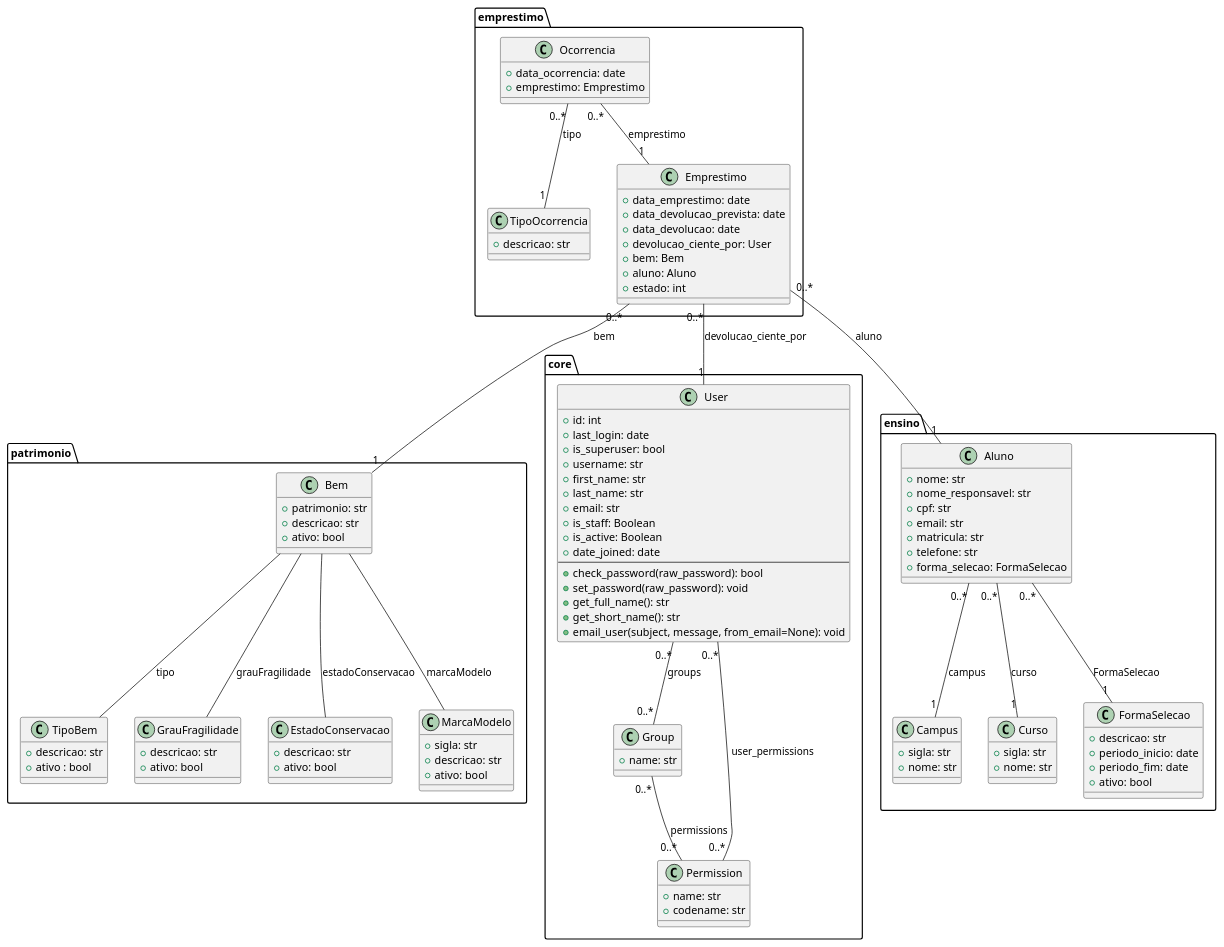
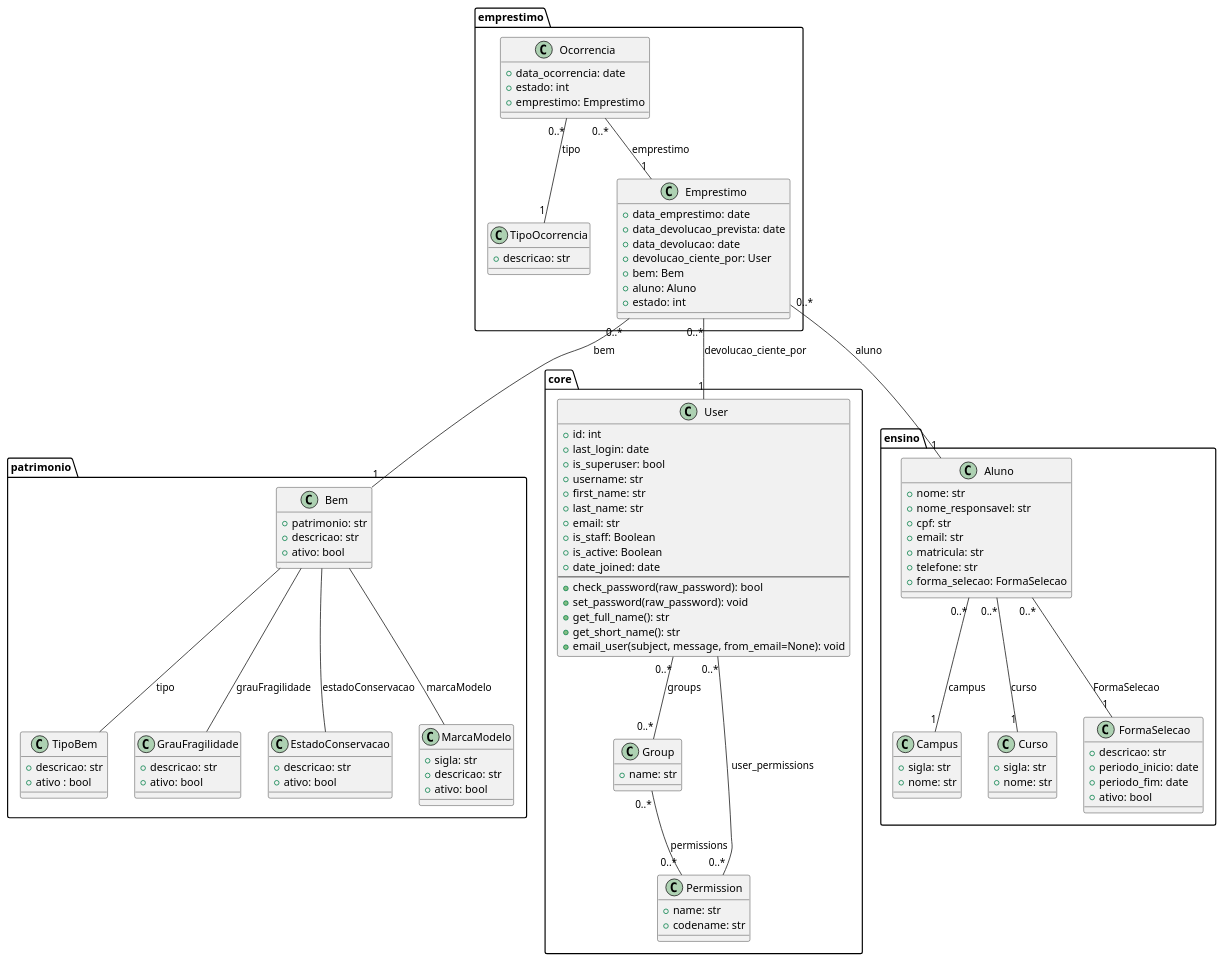
The diagram in plant-uml/class-diagram.puml (kavvata/sigemp), drawn with PlantUML before and after one commit.

Commit message:
docs(class): adicionado estado de ocorrencia (novo, atendido, etc)

```diff
--- a/plant-uml/class-diagram.puml
+++ b/plant-uml/class-diagram.puml
@@ -1,131 +1,132 @@
 @startuml classes
 
 package "patrimonio" {
     class TipoBem {
         +descricao: str
         +ativo : bool
     }
 
     class GrauFragilidade {
         +descricao: str
         +ativo: bool
     }
 
     class EstadoConservacao {
         +descricao: str
         +ativo: bool
     }
 
     class MarcaModelo {
         +sigla: str
         +descricao: str
         +ativo: bool
     }
 
     class Bem {
         +patrimonio: str
         +descricao: str
         +ativo: bool
     }
 
     Bem -- TipoBem : "tipo"
     Bem -- GrauFragilidade : "grauFragilidade"
     Bem -- EstadoConservacao : "estadoConservacao"
     Bem -- MarcaModelo : "marcaModelo"
 }
 
 package "core" {
     class User {
         +id: int
         +last_login: date
         +is_superuser: bool
         +username: str
         +first_name: str
         +last_name: str
         +email: str
         +is_staff: Boolean
         +is_active: Boolean
         +date_joined: date
         --
         +check_password(raw_password): bool
         +set_password(raw_password): void
         +get_full_name(): str
         +get_short_name(): str
         +email_user(subject, message, from_email=None): void
     }
 
     class Group {
         +name: str
     }
 
     class Permission {
         +name: str
         +codename: str
     }
 
     User "0..*" -- "0..*" Group : "groups"
     User "0..*" -- "0..*" Permission : "user_permissions"
     Group "0..*" -- "0..*" Permission : "permissions"
 
 }
 
 package "ensino" {
     class Campus {
         +sigla: str
         +nome: str
     }
 
     class Curso {
         +sigla: str
         +nome: str
     }
 
     class FormaSelecao {
         +descricao: str
         +periodo_inicio: date
         +periodo_fim: date
         +ativo: bool
     }
 
     class Aluno {
         +nome: str
         +nome_responsavel: str
         +cpf: str
         +email: str
         +matricula: str
         +telefone: str
         +forma_selecao: FormaSelecao
     }
 
     Aluno "0..*" -- "1" FormaSelecao : "FormaSelecao"
     Aluno "0..*" -- "1" Campus : "campus"
     Aluno "0..*" -- "1" Curso : "curso"
 }
 
 package "emprestimo" {
     class TipoOcorrencia {
         +descricao: str
     }
     class Ocorrencia {
         +data_ocorrencia: date
+        +estado: int
         +emprestimo: Emprestimo
     }
     class Emprestimo {
         +data_emprestimo: date
         +data_devolucao_prevista: date
         +data_devolucao: date
         +devolucao_ciente_por: User
         +bem: Bem
         +aluno: Aluno
         +estado: int
     }
 
     Emprestimo "0..*" -- "1" User : "devolucao_ciente_por"
     Emprestimo "0..*" -- "1" Bem : "bem"
     Emprestimo "0..*" -- "1" Aluno : "aluno"
 
     Ocorrencia "0..*" -- "1" TipoOcorrencia : "tipo"
     Ocorrencia "0..*" -- "1" Emprestimo : "emprestimo"
 }
 
 @enduml
```
